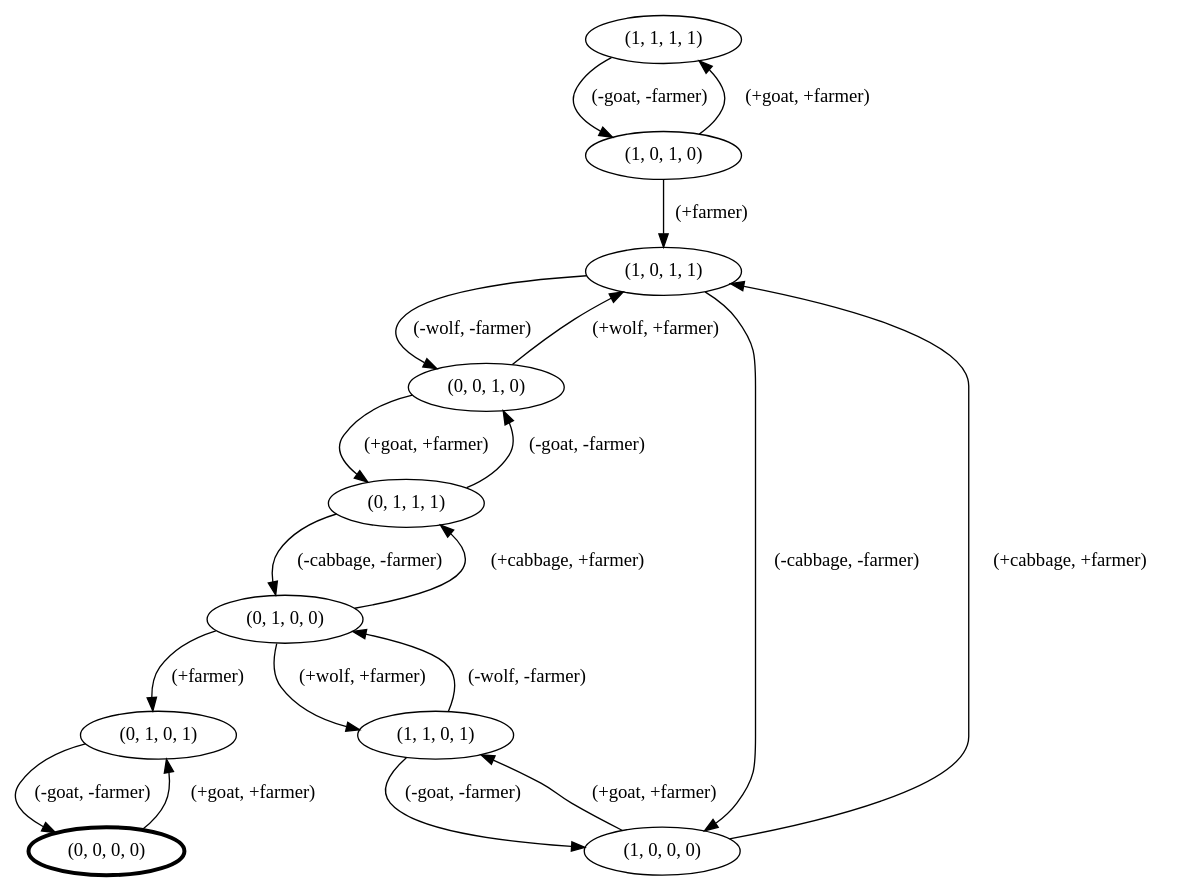
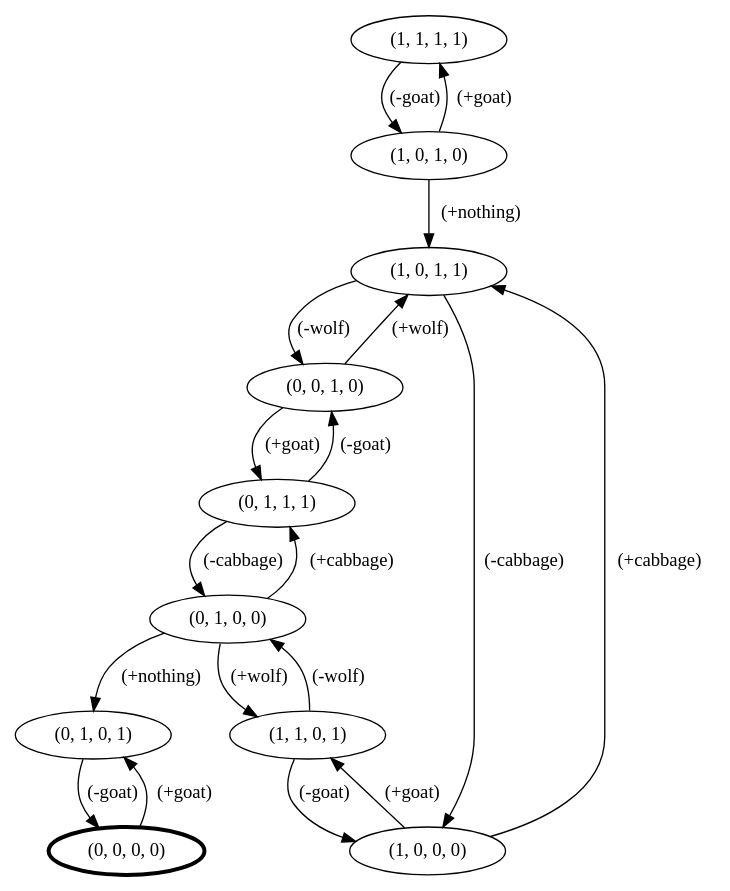
One commit to JulienBacquart/NFP106 changed the diagram in wolf_goat_cabbage_problem/dot-output/graph_space.gv. Above: the diagram before and after it, drawn with Graphviz. The commit also changed 2 other files, not shown here.

```diff
--- a/wolf_goat_cabbage_problem/dot-output/graph_space.gv
+++ b/wolf_goat_cabbage_problem/dot-output/graph_space.gv
@@ -1,31 +1,31 @@
 digraph graph_space {
 	graph [rankdir=TB]
 	-84722638022233667 [label="(1, 1, 1, 1)" penwidth=1]
-	-84722638022233667 -> -6258529559168087954 [label="(-goat, -farmer)"]
+	-84722638022233667 -> -6258529559168087954 [label="(-goat)"]
 	-6258529559168087954 [label="(1, 0, 1, 0)" penwidth=1]
-	-6258529559168087954 -> -84722638022233667 [label="(+goat, +farmer)"]
-	-6258529559168087954 -> -4149246186050457657 [label="(+farmer)"]
+	-6258529559168087954 -> -84722638022233667 [label="(+goat)"]
+	-6258529559168087954 -> -4149246186050457657 [label="(+nothing)"]
 	-4149246186050457657 [label="(1, 0, 1, 1)" penwidth=1]
-	-4149246186050457657 -> 2225566097923666370 [label="(-wolf, -farmer)"]
-	-4149246186050457657 -> 2338065862577075610 [label="(-cabbage, -farmer)"]
+	-4149246186050457657 -> 2225566097923666370 [label="(-wolf)"]
+	-4149246186050457657 -> 2338065862577075610 [label="(-cabbage)"]
 	2225566097923666370 [label="(0, 0, 1, 0)" penwidth=1]
-	2225566097923666370 -> -4149246186050457657 [label="(+wolf, +farmer)"]
-	2225566097923666370 -> -7458687224047931163 [label="(+goat, +farmer)"]
+	2225566097923666370 -> -4149246186050457657 [label="(+wolf)"]
+	2225566097923666370 -> -7458687224047931163 [label="(+goat)"]
 	2338065862577075610 [label="(1, 0, 0, 0)" penwidth=1]
-	2338065862577075610 -> 2352335208718012026 [label="(+goat, +farmer)"]
-	2338065862577075610 -> -4149246186050457657 [label="(+cabbage, +farmer)"]
+	2338065862577075610 -> 2352335208718012026 [label="(+goat)"]
+	2338065862577075610 -> -4149246186050457657 [label="(+cabbage)"]
 	-7458687224047931163 [label="(0, 1, 1, 1)" penwidth=1]
-	-7458687224047931163 -> 2225566097923666370 [label="(-goat, -farmer)"]
-	-7458687224047931163 -> 6917473940299867721 [label="(-cabbage, -farmer)"]
+	-7458687224047931163 -> 2225566097923666370 [label="(-goat)"]
+	-7458687224047931163 -> 6917473940299867721 [label="(-cabbage)"]
 	2352335208718012026 [label="(1, 1, 0, 1)" penwidth=1]
-	2352335208718012026 -> 6917473940299867721 [label="(-wolf, -farmer)"]
-	2352335208718012026 -> 2338065862577075610 [label="(-goat, -farmer)"]
+	2352335208718012026 -> 6917473940299867721 [label="(-wolf)"]
+	2352335208718012026 -> 2338065862577075610 [label="(-goat)"]
 	6917473940299867721 [label="(0, 1, 0, 0)" penwidth=1]
-	6917473940299867721 -> 2352335208718012026 [label="(+wolf, +farmer)"]
-	6917473940299867721 -> -7458687224047931163 [label="(+cabbage, +farmer)"]
-	6917473940299867721 -> -5021629377307685470 [label="(+farmer)"]
+	6917473940299867721 -> 2352335208718012026 [label="(+wolf)"]
+	6917473940299867721 -> -7458687224047931163 [label="(+cabbage)"]
+	6917473940299867721 -> -5021629377307685470 [label="(+nothing)"]
 	-5021629377307685470 [label="(0, 1, 0, 1)" penwidth=1]
-	-5021629377307685470 -> -3226225171056353554 [label="(-goat, -farmer)"]
+	-5021629377307685470 -> -3226225171056353554 [label="(-goat)"]
 	-3226225171056353554 [label="(0, 0, 0, 0)" penwidth=3]
-	-3226225171056353554 -> -5021629377307685470 [label="(+goat, +farmer)"]
+	-3226225171056353554 -> -5021629377307685470 [label="(+goat)"]
 }
```
